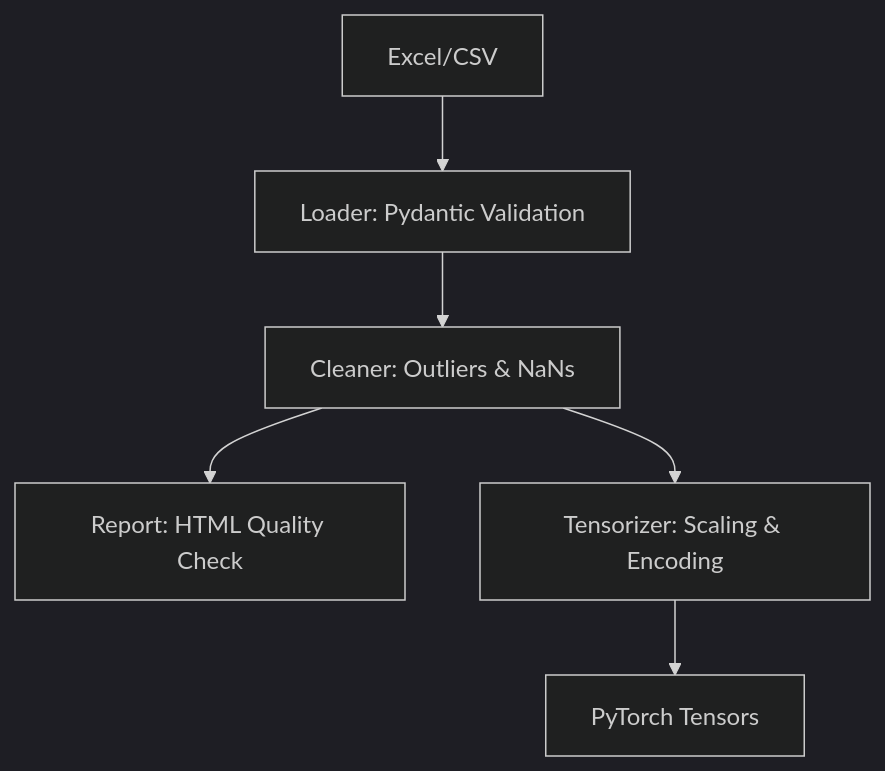
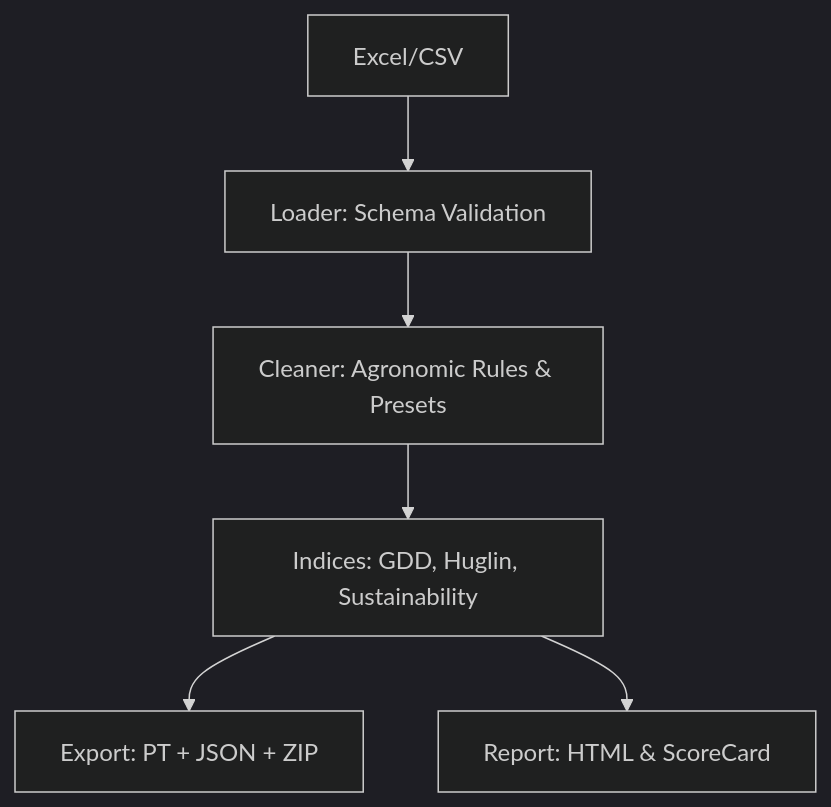
The diagram in README.md (francesco5252/agripipe), drawn with Mermaid (dark theme) before and after one commit. The commit also changed other lines of this file and 4 other files, not shown here.

Commit message:
feat: pro evolution — regional presets CLI, ML export and rich sample data

````diff
--- a/README.md
+++ b/README.md
@@ -104,8 +85,8 @@
 ```mermaid
 graph TD
-    A[Excel/CSV] --> B[Loader: Pydantic Validation]
-    B --> C[Cleaner: Outliers & NaNs]
-    C --> D[Report: HTML Quality Check]
-    C --> E[Tensorizer: Scaling & Encoding]
-    E --> F[PyTorch Tensors]
+    A[Excel/CSV] --> B[Loader: Schema Validation]
+    B --> C[Cleaner: Agronomic Rules & Presets]
+    C --> D[Indices: GDD, Huglin, Sustainability]
+    D --> E[Export: PT + JSON + ZIP]
+    D --> F[Report: HTML & ScoreCard]
 ```
````
